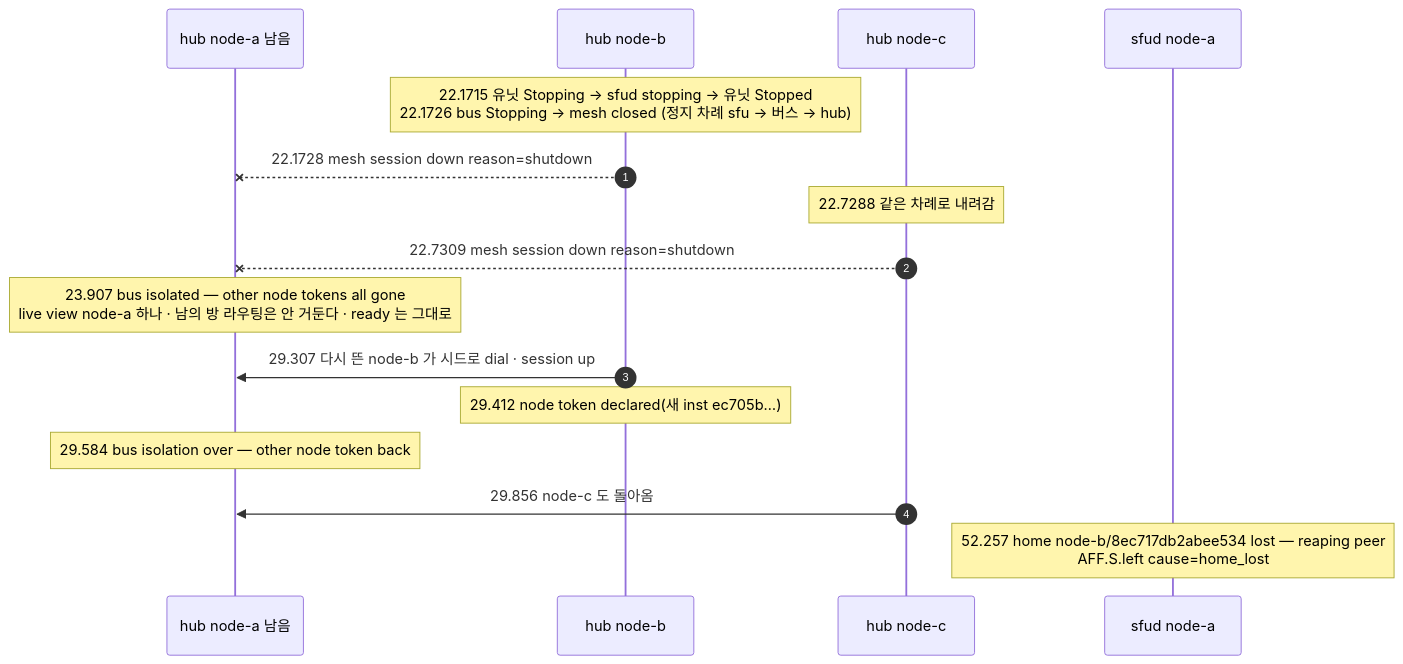
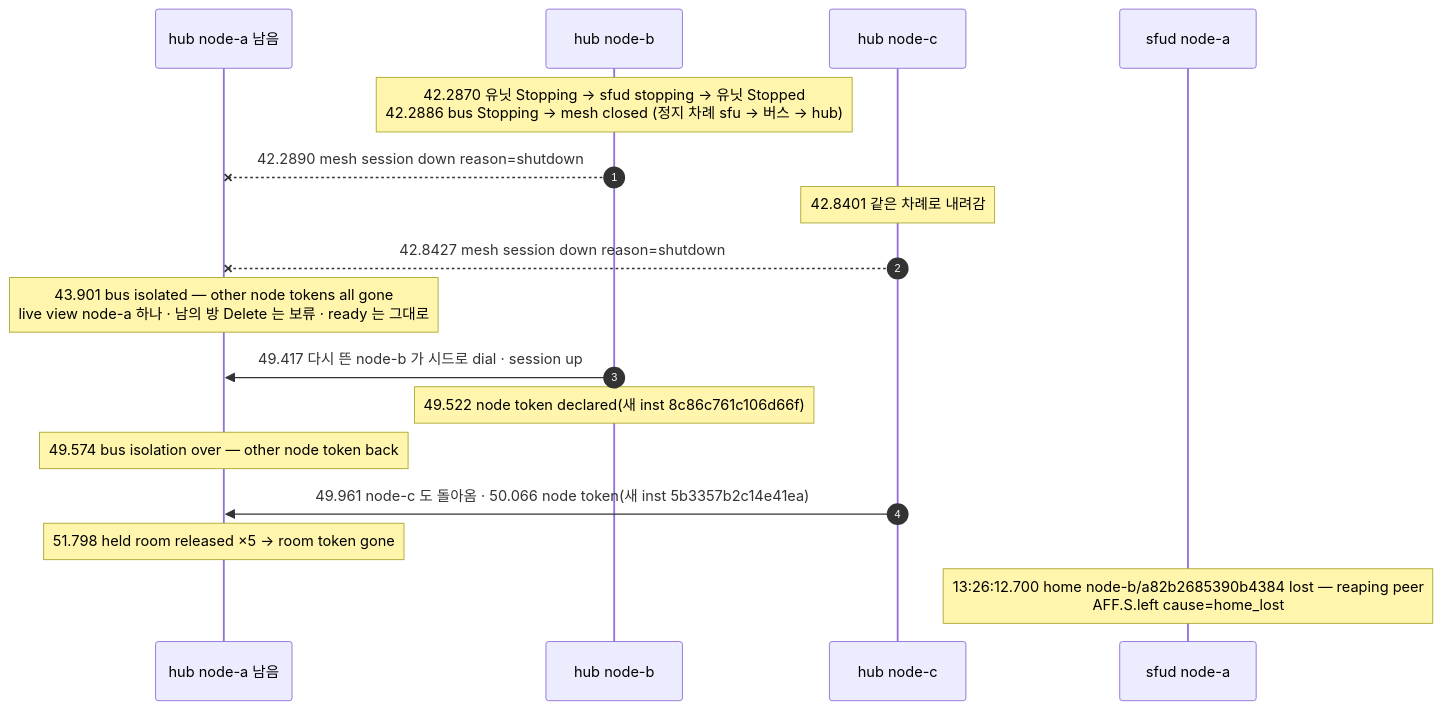
Before and after one commit to kodeholic9/oxlens-sfu: the third of 3 diagrams in docs/learn/14_OXMESH.md, drawn with Mermaid. The commit also changed other lines of this file and 19 other files, not shown here.

````diff
--- a/docs/learn/14_OXMESH.md
+++ b/docs/learn/14_OXMESH.md
@@ -182,18 +199,19 @@
 ```mermaid
 sequenceDiagram
   autonumber
   participant HA as hub node-a 남음
   participant HB as hub node-b
   participant HC as hub node-c
   participant SA as sfud node-a
-  Note over HB: 22.1715 유닛 Stopping → sfud stopping → 유닛 Stopped<br/>22.1726 bus Stopping → mesh closed  (정지 차례 sfu → 버스 → hub)
-  HB--xHA: 22.1728 mesh session down reason=shutdown
-  Note over HC: 22.7288 같은 차례로 내려감
-  HC--xHA: 22.7309 mesh session down reason=shutdown
-  Note over HA: 23.907 bus isolated — other node tokens all gone<br/>live view node-a 하나 · 남의 방 라우팅은 안 거둔다 · ready 는 그대로
-  HB->>HA: 29.307 다시 뜬 node-b 가 시드로 dial · session up
-  Note over HB: 29.412 node token declared(새 inst ec705b…)
-  Note over HA: 29.584 bus isolation over — other node token back
-  HC->>HA: 29.856 node-c 도 돌아옴
-  Note over SA: 52.257 home node-b/8ec717db2abee534 lost — reaping peer<br/>AFF.S.left cause=home_lost
+  Note over HB: 42.2870 유닛 Stopping → sfud stopping → 유닛 Stopped<br/>42.2886 bus Stopping → mesh closed  (정지 차례 sfu → 버스 → hub)
+  HB--xHA: 42.2890 mesh session down reason=shutdown
+  Note over HC: 42.8401 같은 차례로 내려감
+  HC--xHA: 42.8427 mesh session down reason=shutdown
+  Note over HA: 43.901 bus isolated — other node tokens all gone<br/>live view node-a 하나 · 남의 방 Delete 는 보류 · ready 는 그대로
+  HB->>HA: 49.417 다시 뜬 node-b 가 시드로 dial · session up
+  Note over HB: 49.522 node token declared(새 inst 8c86c761c106d66f)
+  Note over HA: 49.574 bus isolation over — other node token back
+  HC->>HA: 49.961 node-c 도 돌아옴 · 50.066 node token(새 inst 5b3357b2c14e41ea)
+  Note over HA: 51.798 held room released ×5 → room token gone
+  Note over SA: 13:26:12.700 home node-b/a82b2685390b4384 lost — reaping peer<br/>AFF.S.left cause=home_lost
 ```
````
